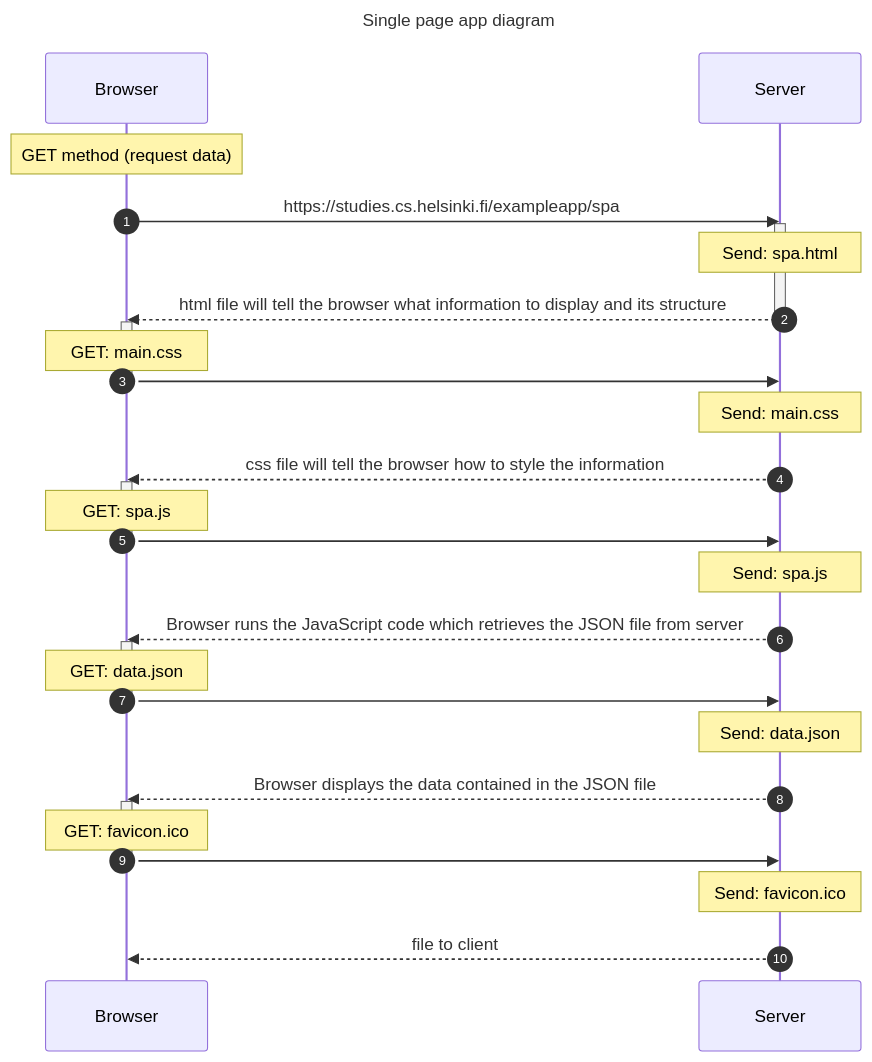
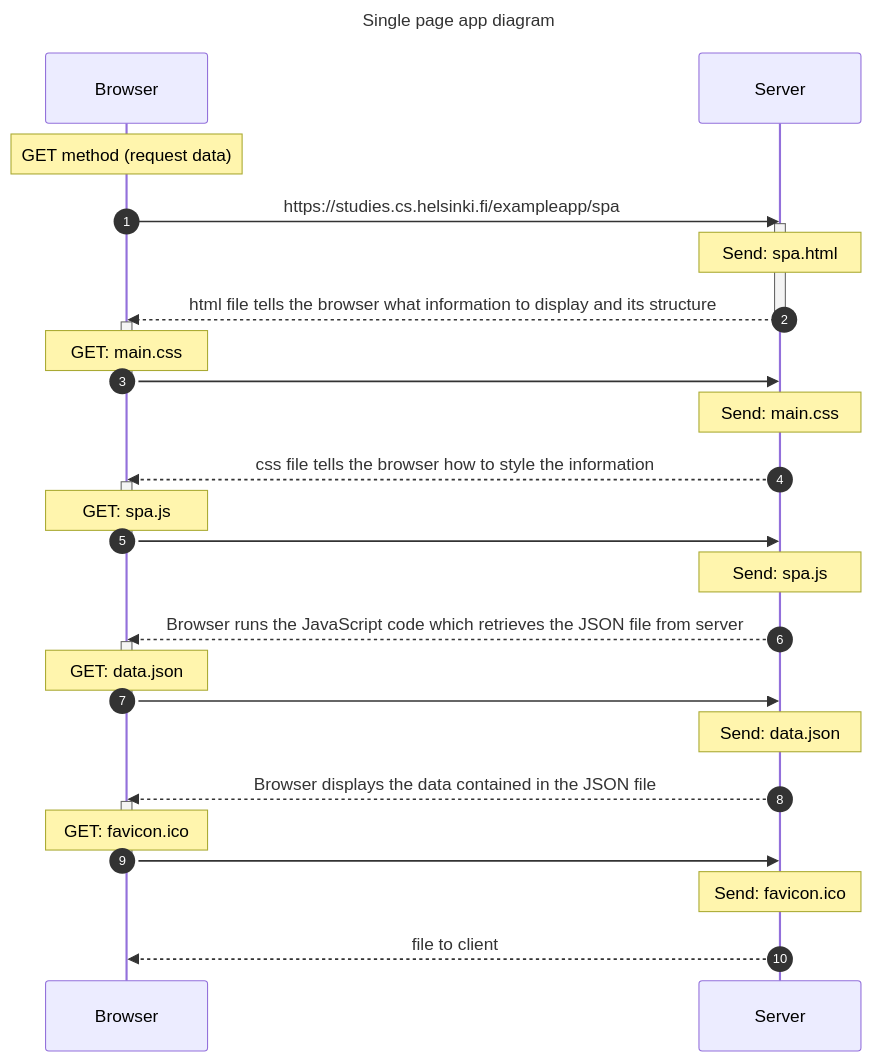
The diagram in part0/single-page-app-diagram.mmd (Bitlaw/fullstackopen-submissions-repository), drawn with Mermaid before and after one commit.

```diff
--- a/part0/single-page-app-diagram.mmd
+++ b/part0/single-page-app-diagram.mmd
@@ -1,44 +1,44 @@
 ---
 title: Single page app diagram 
 ---
 
 
 sequenceDiagram
 
     autonumber
 
     Note over Browser:  GET method (request data)
     Browser->>Server: https://studies.cs.helsinki.fi/exampleapp/spa
 
     activate Server
     Note over Server: Send: spa.html
-    Server-->>Browser: html file will tell the browser what information to display and its structure
+    Server-->>Browser: html file tells the browser what information to display and its structure
     deactivate Server
 
     activate Browser 
     Note over Browser: GET: main.css 
     Browser->>Server: 
     deactivate Browser 
     Note over Server: Send: main.css 
-    Server-->>Browser: css file will tell the browser how to style the information
+    Server-->>Browser: css file tells the browser how to style the information
 
     activate Browser 
     Note over Browser: GET: spa.js 
     Browser->>Server: 
     deactivate Browser 
     Note over Server: Send: spa.js 
     Server-->>Browser: Browser runs the JavaScript code which retrieves the JSON file from server
 
     activate Browser 
     Note over Browser: GET: data.json 
     Browser->>Server: 
     deactivate Browser 
     Note over Server: Send: data.json
     Server-->>Browser: Browser displays the data contained in the JSON file
 
     activate Browser 
     Note over Browser: GET: favicon.ico
     Browser->>Server: 
     deactivate Browser 
     Note over Server: Send: favicon.ico
     Server-->>Browser: file to client
```
